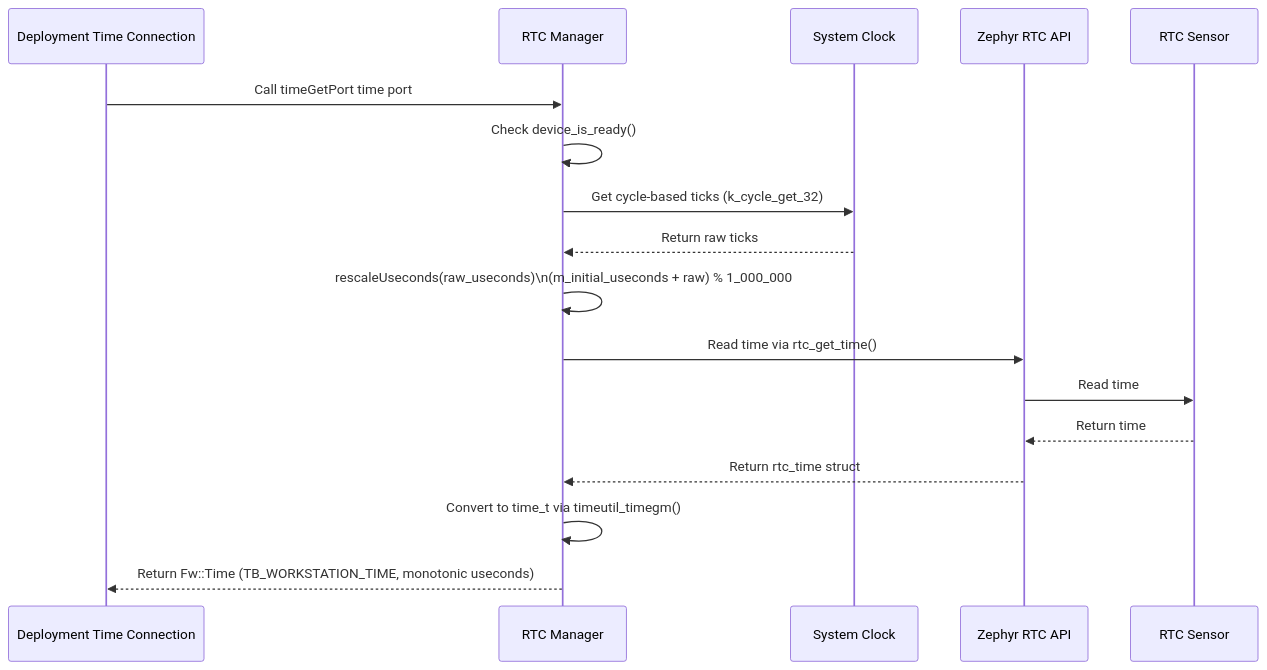
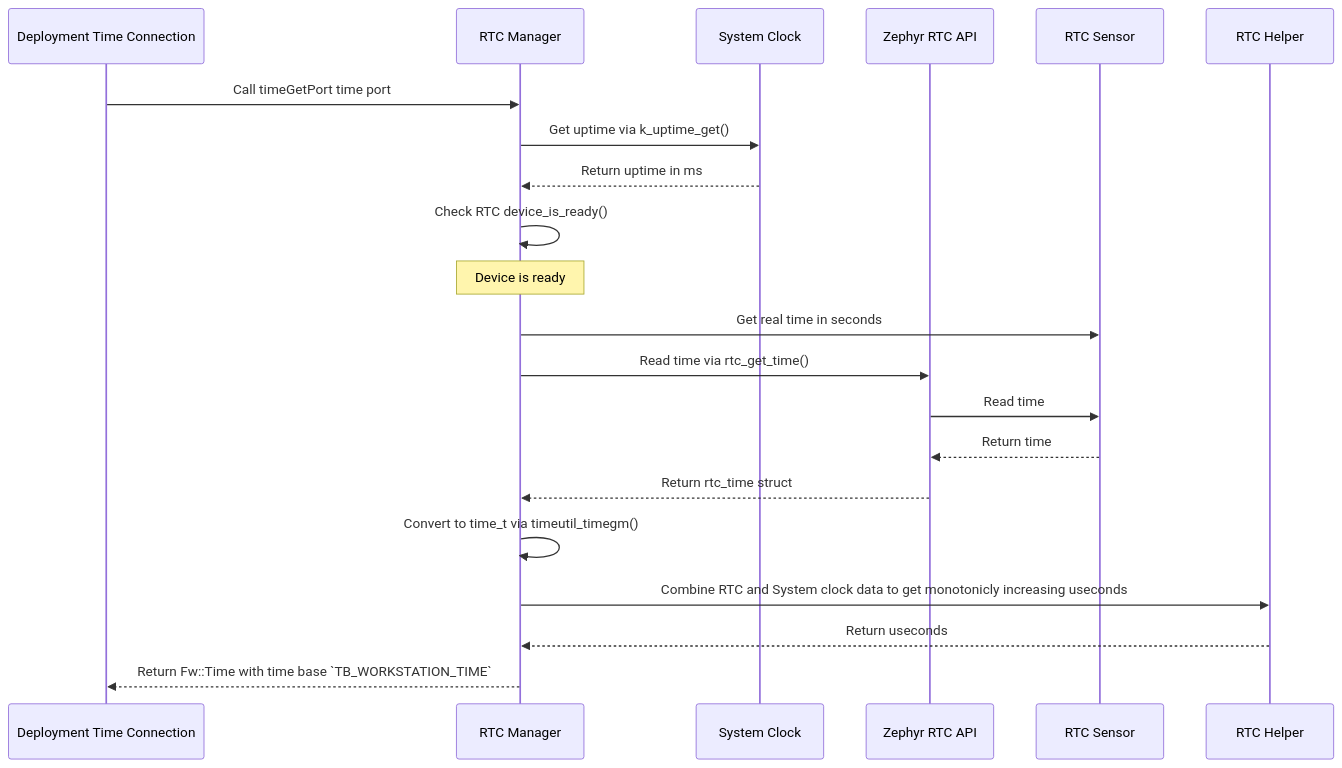
One commit to Open-Source-Space-Foundation/proves-core-reference changed the third of 8 diagrams in FprimeZephyrReference/Components/Drv/RtcManager/docs/sdd.md. Above: the diagram before and after it, drawn with Mermaid. The commit also changed other lines of this file, not shown here.

````diff
--- a/FprimeZephyrReference/Components/Drv/RtcManager/docs/sdd.md
+++ b/FprimeZephyrReference/Components/Drv/RtcManager/docs/sdd.md
@@ -123,20 +137,23 @@
 ```mermaid
 sequenceDiagram
     participant Deployment Time Connection
     participant RTC Manager
     participant System Clock
     participant Zephyr RTC API
     participant RTC Sensor
 
     Deployment Time Connection->>RTC Manager: Call timeGetPort time port
-    RTC Manager->>RTC Manager: Check device_is_ready()
-    RTC Manager->>System Clock: Get cycle-based ticks (k_cycle_get_32)
-    System Clock-->>RTC Manager: Return raw ticks
-    RTC Manager->>RTC Manager: rescaleUseconds(raw_useconds)\n(m_initial_useconds + raw) % 1_000_000
+    RTC Manager->>System Clock: Get uptime via k_uptime_get()
+    System Clock-->>RTC Manager: Return uptime in ms
+    RTC Manager->>RTC Manager: Check RTC device_is_ready()
+    Note over RTC Manager: Device is ready
+    RTC Manager->>RTC Sensor: Get real time in seconds
     RTC Manager->>Zephyr RTC API: Read time via rtc_get_time()
     Zephyr RTC API->>RTC Sensor: Read time
     RTC Sensor-->>Zephyr RTC API: Return time
     Zephyr RTC API-->>RTC Manager: Return rtc_time struct
     RTC Manager->>RTC Manager: Convert to time_t via timeutil_timegm()
-    RTC Manager-->>Deployment Time Connection: Return Fw::Time (TB_WORKSTATION_TIME, monotonic useconds)
+    RTC Manager->>RTC Helper: Combine RTC and System clock data to get monotonicly increasing useconds
+    RTC Helper-->>RTC Manager: Return useconds
+    RTC Manager-->>Deployment Time Connection: Return Fw::Time with time base `TB_WORKSTATION_TIME`
 ```
````
